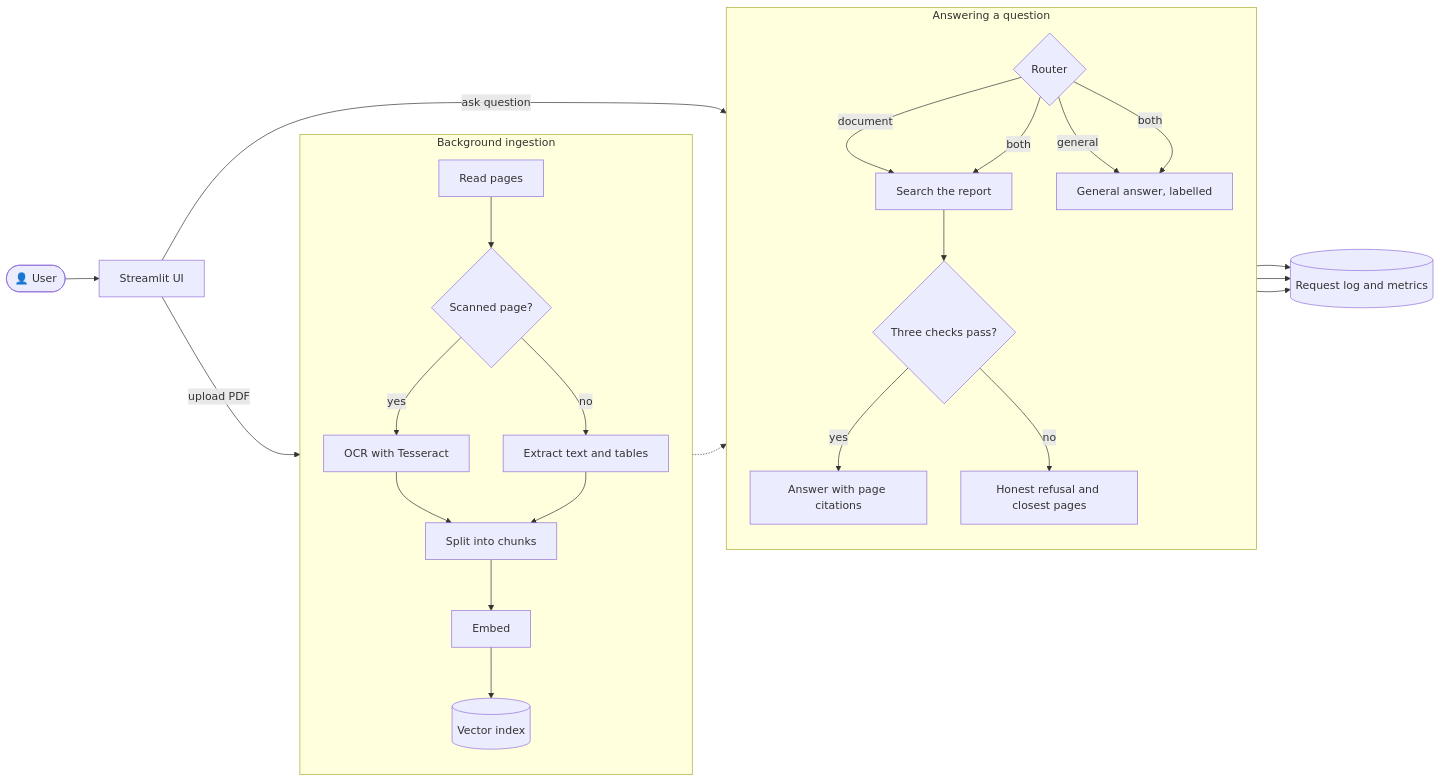
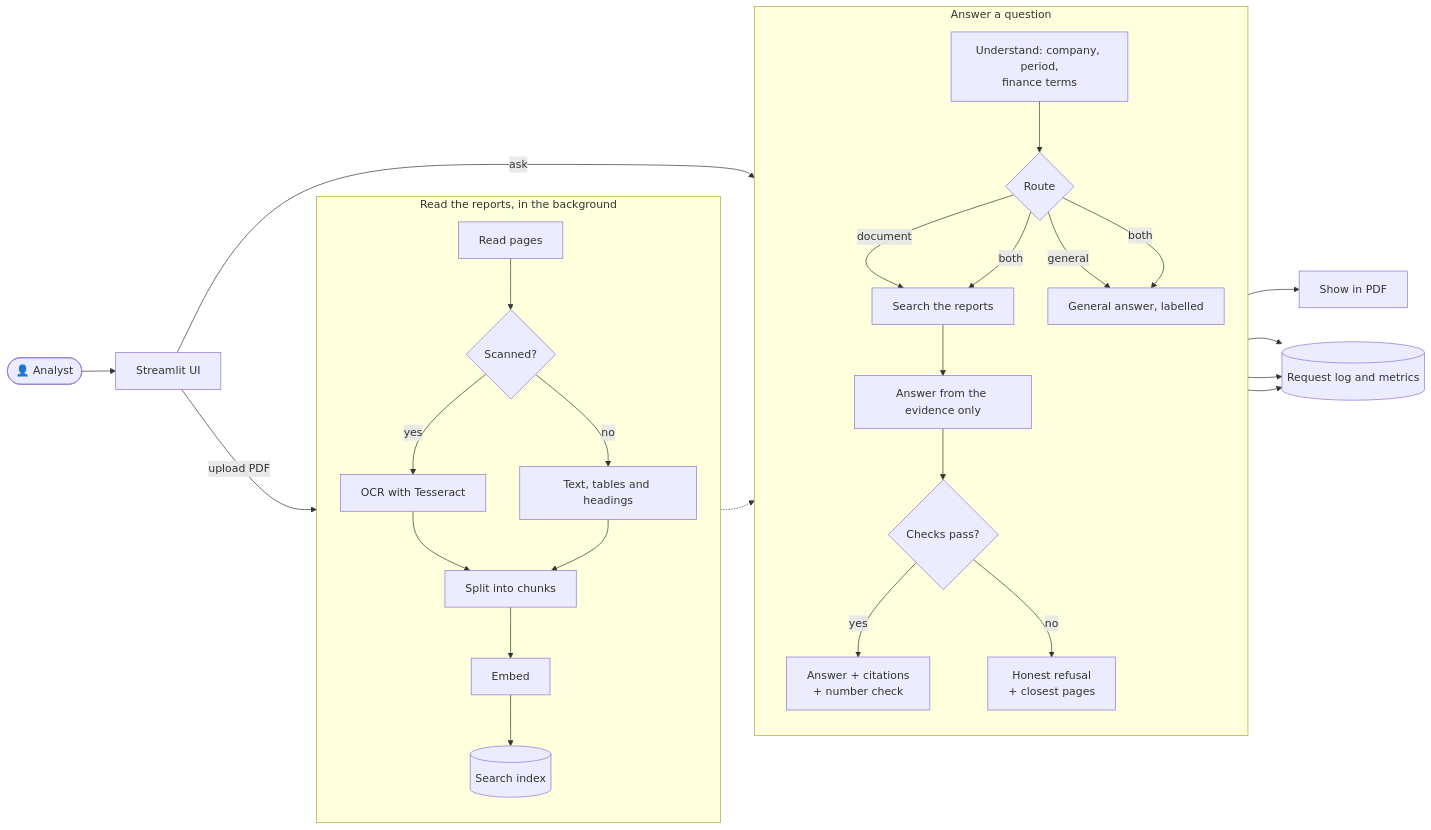
Before and after one commit to llmops-docqa-team/docqa-final: the diagram in README.md, drawn with Mermaid. The commit also changed other lines of this file, not shown here.

First line of the commit message:
README: describe DocQA as a financial analyst research agent

````diff
--- a/README.md
+++ b/README.md
@@ -61,31 +53,34 @@
 ```mermaid
 flowchart LR
-    U([👤 User]) --> UI[Streamlit UI]
+    U([👤 Analyst]) --> UI[Streamlit UI]
     UI -->|upload PDF| ING
-    UI -->|ask question| R
+    UI -->|ask| EN
 
-    subgraph ING [Background ingestion]
+    subgraph ING [Read the reports, in the background]
         direction TB
-        P[Read pages] --> O{Scanned page?}
+        P[Read pages] --> O{Scanned?}
         O -->|yes| OCR[OCR with Tesseract]
-        O -->|no| T[Extract text and tables]
+        O -->|no| T[Text, tables and headings]
         OCR --> C[Split into chunks]
         T --> C
-        C --> E[Embed] --> V[(Vector index)]
+        C --> E[Embed] --> V[(Search index)]
     end
 
-    subgraph Q [Answering a question]
+    subgraph Q [Answer a question]
         direction TB
-        R{Router} -->|document| D[Search the report]
+        EN[Understand: company, period,<br>finance terms] --> R{Route}
+        R -->|document| D[Search the reports]
         R -->|general| G[General answer, labelled]
         R -->|both| D & G
-        D --> CHK{Three checks pass?}
-        CHK -->|yes| A[Answer with page citations]
-        CHK -->|no| X[Honest refusal and closest pages]
+        D --> A[Answer from the evidence only]
+        A --> CHK{Checks pass?}
+        CHK -->|yes| OK[Answer + citations<br>+ number check]
+        CHK -->|no| X[Honest refusal<br>+ closest pages]
     end
 
     V -.-> D
-    A --> LOG[(Request log and metrics)]
+    OK --> PDF[Show in PDF]
+    OK --> LOG[(Request log and metrics)]
     G --> LOG
     X --> LOG
 ```
````
